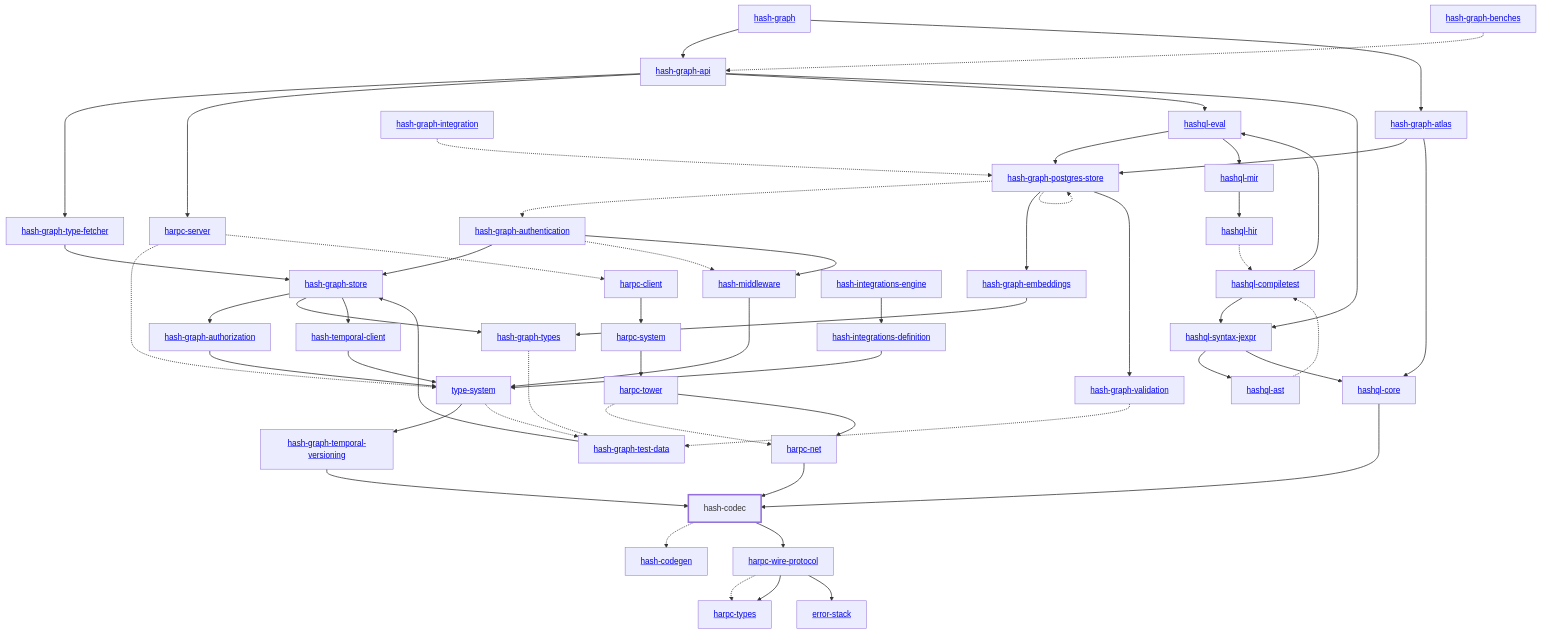
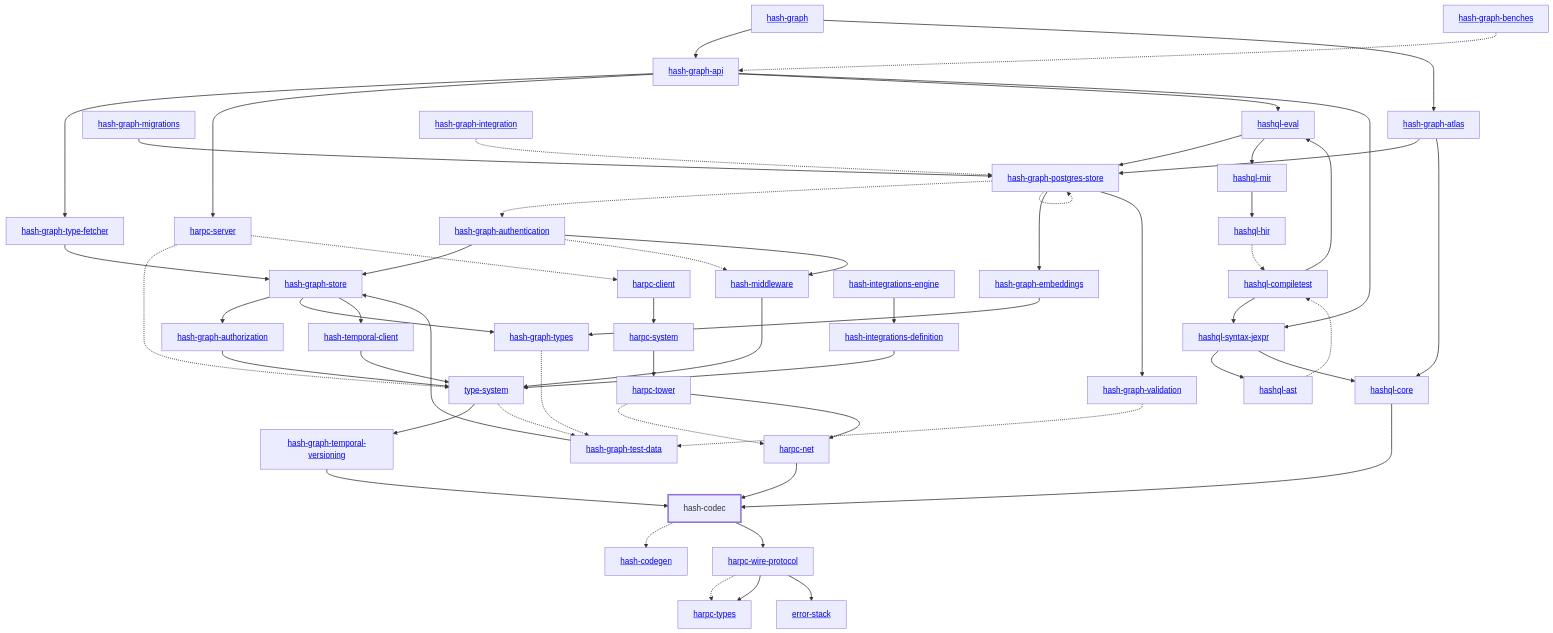
One commit to hashintel/hash changed the diagram in libs/@local/codec/rust/docs/dependency-diagram.mmd. Above: the diagram before and after it, drawn with Mermaid. The commit also changed 23 other files, not shown here.

First line of the commit message:
Connect the migrations CLI to Postgres over TLS

```diff
--- a/libs/@local/codec/rust/docs/dependency-diagram.mmd
+++ b/libs/@local/codec/rust/docs/dependency-diagram.mmd
@@ -1,103 +1,105 @@
 graph TD
     linkStyle default stroke-width:1.5px
     classDef default stroke-width:1px
     classDef root stroke-width:3px
     classDef dev stroke-width:1px
     classDef build stroke-width:1px
     %% Legend
     %% --> : Normal dependency
     %% -.-> : Dev dependency
     %% ---> : Build dependency
     0[<a href="../hash_graph/index.html">hash-graph</a>]
     1[<a href="../type_system/index.html">type-system</a>]
     2[hash-codec]
     class 2 root
     3[<a href="../hash_codegen/index.html">hash-codegen</a>]
     4[<a href="../hash_graph_api/index.html">hash-graph-api</a>]
     5[<a href="../hash_graph_atlas/index.html">hash-graph-atlas</a>]
     6[<a href="../hash_graph_authentication/index.html">hash-graph-authentication</a>]
     7[<a href="../hash_graph_authorization/index.html">hash-graph-authorization</a>]
     8[<a href="../hash_graph_embeddings/index.html">hash-graph-embeddings</a>]
-    9[<a href="../hash_graph_postgres_store/index.html">hash-graph-postgres-store</a>]
-    10[<a href="../hash_graph_store/index.html">hash-graph-store</a>]
-    11[<a href="../hash_graph_temporal_versioning/index.html">hash-graph-temporal-versioning</a>]
-    12[<a href="../hash_graph_type_fetcher/index.html">hash-graph-type-fetcher</a>]
-    13[<a href="../hash_graph_types/index.html">hash-graph-types</a>]
-    14[<a href="../hash_graph_validation/index.html">hash-graph-validation</a>]
-    15[<a href="../harpc_client/index.html">harpc-client</a>]
-    16[<a href="../harpc_net/index.html">harpc-net</a>]
-    17[<a href="../harpc_server/index.html">harpc-server</a>]
-    18[<a href="../harpc_system/index.html">harpc-system</a>]
-    19[<a href="../harpc_tower/index.html">harpc-tower</a>]
-    20[<a href="../harpc_types/index.html">harpc-types</a>]
-    21[<a href="../harpc_wire_protocol/index.html">harpc-wire-protocol</a>]
-    22[<a href="../hashql_ast/index.html">hashql-ast</a>]
-    23[<a href="../hashql_compiletest/index.html">hashql-compiletest</a>]
-    24[<a href="../hashql_core/index.html">hashql-core</a>]
-    25[<a href="../hashql_eval/index.html">hashql-eval</a>]
-    26[<a href="../hashql_hir/index.html">hashql-hir</a>]
-    27[<a href="../hashql_mir/index.html">hashql-mir</a>]
-    28[<a href="../hashql_syntax_jexpr/index.html">hashql-syntax-jexpr</a>]
-    29[<a href="../hash_integrations_definition/index.html">hash-integrations-definition</a>]
-    30[<a href="../hash_integrations_engine/index.html">hash-integrations-engine</a>]
-    31[<a href="../hash_middleware/index.html">hash-middleware</a>]
-    32[<a href="../hash_temporal_client/index.html">hash-temporal-client</a>]
-    33[<a href="../error_stack/index.html">error-stack</a>]
-    34[<a href="../hash_graph_benches/index.html">hash-graph-benches</a>]
-    35[<a href="../hash_graph_integration/index.html">hash-graph-integration</a>]
-    36[<a href="../hash_graph_test_data/index.html">hash-graph-test-data</a>]
+    9[<a href="../hash_graph_migrations/index.html">hash-graph-migrations</a>]
+    10[<a href="../hash_graph_postgres_store/index.html">hash-graph-postgres-store</a>]
+    11[<a href="../hash_graph_store/index.html">hash-graph-store</a>]
+    12[<a href="../hash_graph_temporal_versioning/index.html">hash-graph-temporal-versioning</a>]
+    13[<a href="../hash_graph_type_fetcher/index.html">hash-graph-type-fetcher</a>]
+    14[<a href="../hash_graph_types/index.html">hash-graph-types</a>]
+    15[<a href="../hash_graph_validation/index.html">hash-graph-validation</a>]
+    16[<a href="../harpc_client/index.html">harpc-client</a>]
+    17[<a href="../harpc_net/index.html">harpc-net</a>]
+    18[<a href="../harpc_server/index.html">harpc-server</a>]
+    19[<a href="../harpc_system/index.html">harpc-system</a>]
+    20[<a href="../harpc_tower/index.html">harpc-tower</a>]
+    21[<a href="../harpc_types/index.html">harpc-types</a>]
+    22[<a href="../harpc_wire_protocol/index.html">harpc-wire-protocol</a>]
+    23[<a href="../hashql_ast/index.html">hashql-ast</a>]
+    24[<a href="../hashql_compiletest/index.html">hashql-compiletest</a>]
+    25[<a href="../hashql_core/index.html">hashql-core</a>]
+    26[<a href="../hashql_eval/index.html">hashql-eval</a>]
+    27[<a href="../hashql_hir/index.html">hashql-hir</a>]
+    28[<a href="../hashql_mir/index.html">hashql-mir</a>]
+    29[<a href="../hashql_syntax_jexpr/index.html">hashql-syntax-jexpr</a>]
+    30[<a href="../hash_integrations_definition/index.html">hash-integrations-definition</a>]
+    31[<a href="../hash_integrations_engine/index.html">hash-integrations-engine</a>]
+    32[<a href="../hash_middleware/index.html">hash-middleware</a>]
+    33[<a href="../hash_temporal_client/index.html">hash-temporal-client</a>]
+    34[<a href="../error_stack/index.html">error-stack</a>]
+    35[<a href="../hash_graph_benches/index.html">hash-graph-benches</a>]
+    36[<a href="../hash_graph_integration/index.html">hash-graph-integration</a>]
+    37[<a href="../hash_graph_test_data/index.html">hash-graph-test-data</a>]
     0 --> 4
     0 --> 5
-    1 --> 11
-    1 -.-> 36
+    1 --> 12
+    1 -.-> 37
     2 -.-> 3
-    2 --> 21
-    4 --> 12
-    4 --> 17
-    4 --> 25
-    4 --> 28
-    5 --> 9
-    5 --> 24
-    6 --> 10
-    6 -.-> 31
-    6 --> 31
+    2 --> 22
+    4 --> 13
+    4 --> 18
+    4 --> 26
+    4 --> 29
+    5 --> 10
+    5 --> 25
+    6 --> 11
+    6 -.-> 32
+    6 --> 32
     7 --> 1
-    8 --> 13
-    9 -.-> 6
-    9 --> 8
-    9 -.-> 9
-    9 --> 14
-    10 --> 7
-    10 --> 13
-    10 --> 32
-    11 --> 2
-    12 --> 10
-    13 -.-> 36
-    14 -.-> 36
-    15 --> 18
-    16 --> 2
-    17 -.-> 1
-    17 -.-> 15
-    18 --> 19
-    19 -.-> 16
-    19 --> 16
-    21 -.-> 20
-    21 --> 20
-    21 --> 33
-    22 -.-> 23
-    23 --> 25
-    23 --> 28
-    24 --> 2
-    25 --> 9
-    25 --> 27
-    26 -.-> 23
-    27 --> 26
-    28 --> 22
-    28 --> 24
-    29 --> 1
-    30 --> 29
-    31 --> 1
+    8 --> 14
+    9 --> 10
+    10 -.-> 6
+    10 --> 8
+    10 -.-> 10
+    10 --> 15
+    11 --> 7
+    11 --> 14
+    11 --> 33
+    12 --> 2
+    13 --> 11
+    14 -.-> 37
+    15 -.-> 37
+    16 --> 19
+    17 --> 2
+    18 -.-> 1
+    18 -.-> 16
+    19 --> 20
+    20 -.-> 17
+    20 --> 17
+    22 -.-> 21
+    22 --> 21
+    22 --> 34
+    23 -.-> 24
+    24 --> 26
+    24 --> 29
+    25 --> 2
+    26 --> 10
+    26 --> 28
+    27 -.-> 24
+    28 --> 27
+    29 --> 23
+    29 --> 25
+    30 --> 1
+    31 --> 30
     32 --> 1
-    34 -.-> 4
-    35 -.-> 9
-    36 --> 10
+    33 --> 1
+    35 -.-> 4
+    36 -.-> 10
+    37 --> 11
```
